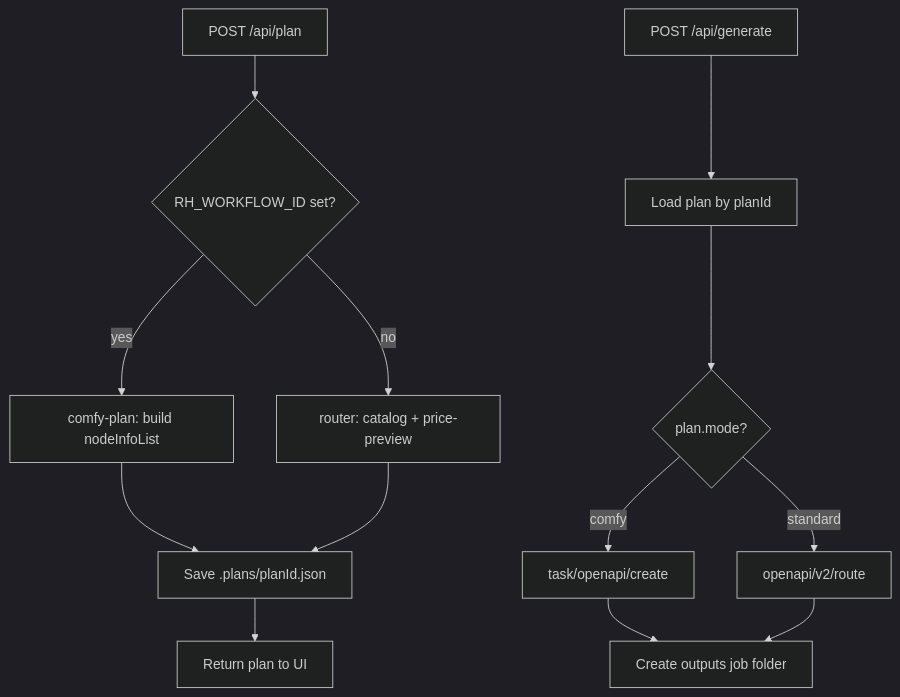
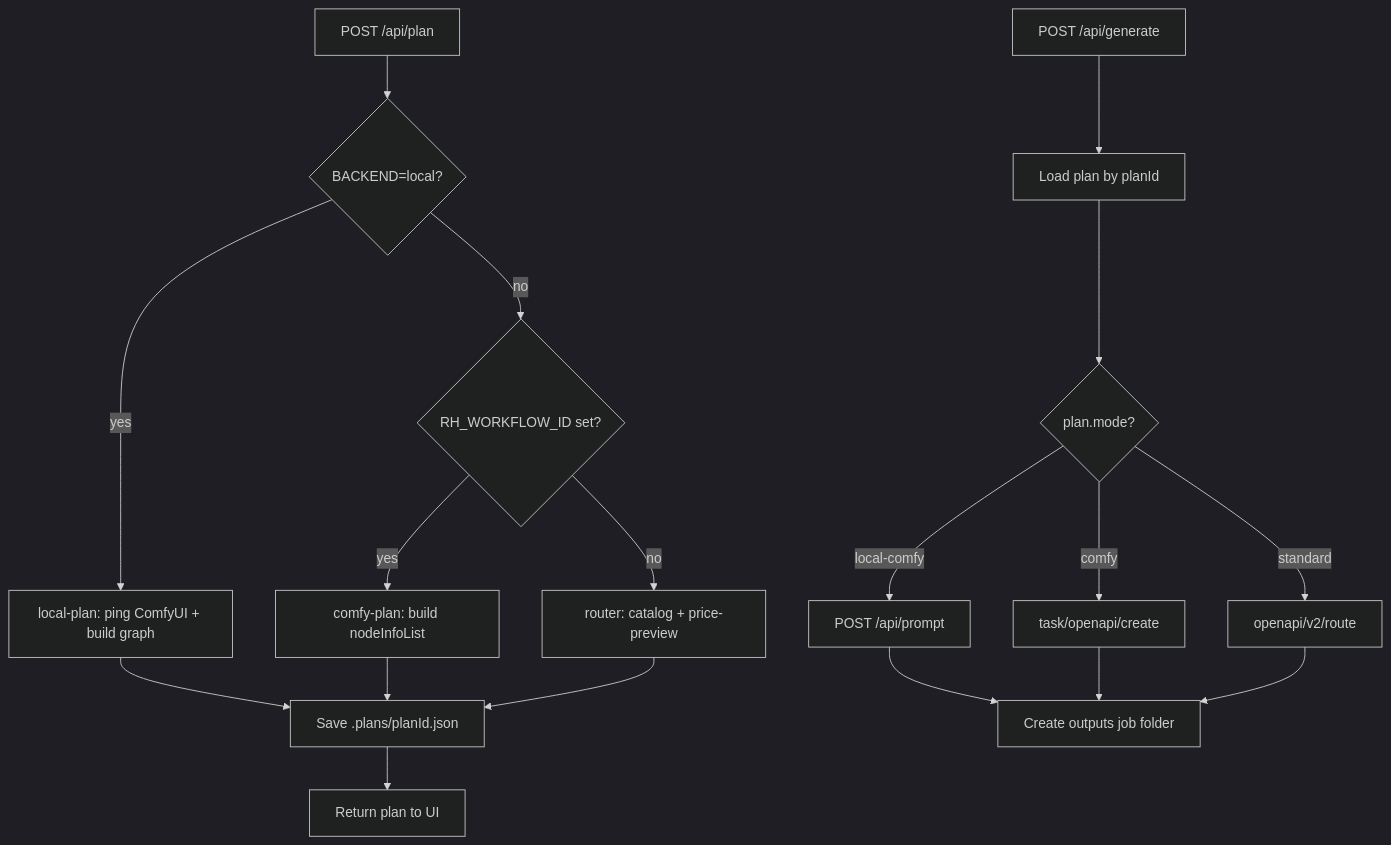
Before and after one commit to jxjwilliam/nsfw-app: the fourth of 12 diagrams in docs/implementation-guide.md, drawn with Mermaid (dark theme). The commit also changed other lines of this file and 34 other files, not shown here.

First line of the commit message:
refactor: group folders by backend and add Kimi provider to workflow generator

````diff
--- a/docs/implementation-guide.md
+++ b/docs/implementation-guide.md
@@ -129,16 +133,21 @@
 ```mermaid
 flowchart TD
-  Start[POST /api/plan] --> Check{RH_WORKFLOW_ID set?}
-  Check -->|yes| ComfyPlan[comfy-plan: build nodeInfoList]
-  Check -->|no| Router[router: catalog + price-preview]
+  Start[POST /api/plan] --> LocalCheck{BACKEND=local?}
+  LocalCheck -->|yes| LocalPlan[local-plan: ping ComfyUI + build graph]
+  LocalCheck -->|no| WfCheck{RH_WORKFLOW_ID set?}
+  WfCheck -->|yes| ComfyPlan[comfy-plan: build nodeInfoList]
+  WfCheck -->|no| Router[router: catalog + price-preview]
+  LocalPlan --> SavePlan[Save .plans/planId.json]
   ComfyPlan --> SavePlan[Save .plans/planId.json]
   Router --> SavePlan
   SavePlan --> Return[Return plan to UI]
 
   Confirm[POST /api/generate] --> LoadPlan[Load plan by planId]
   LoadPlan --> Mode{plan.mode?}
+  Mode -->|local-comfy| LocalSubmit[POST /api/prompt]
   Mode -->|comfy| ComfySubmit[task/openapi/create]
   Mode -->|standard| G2Submit[openapi/v2/route]
+  LocalSubmit --> Job[Create outputs job folder]
   ComfySubmit --> Job[Create outputs job folder]
   G2Submit --> Job
 ```
````
